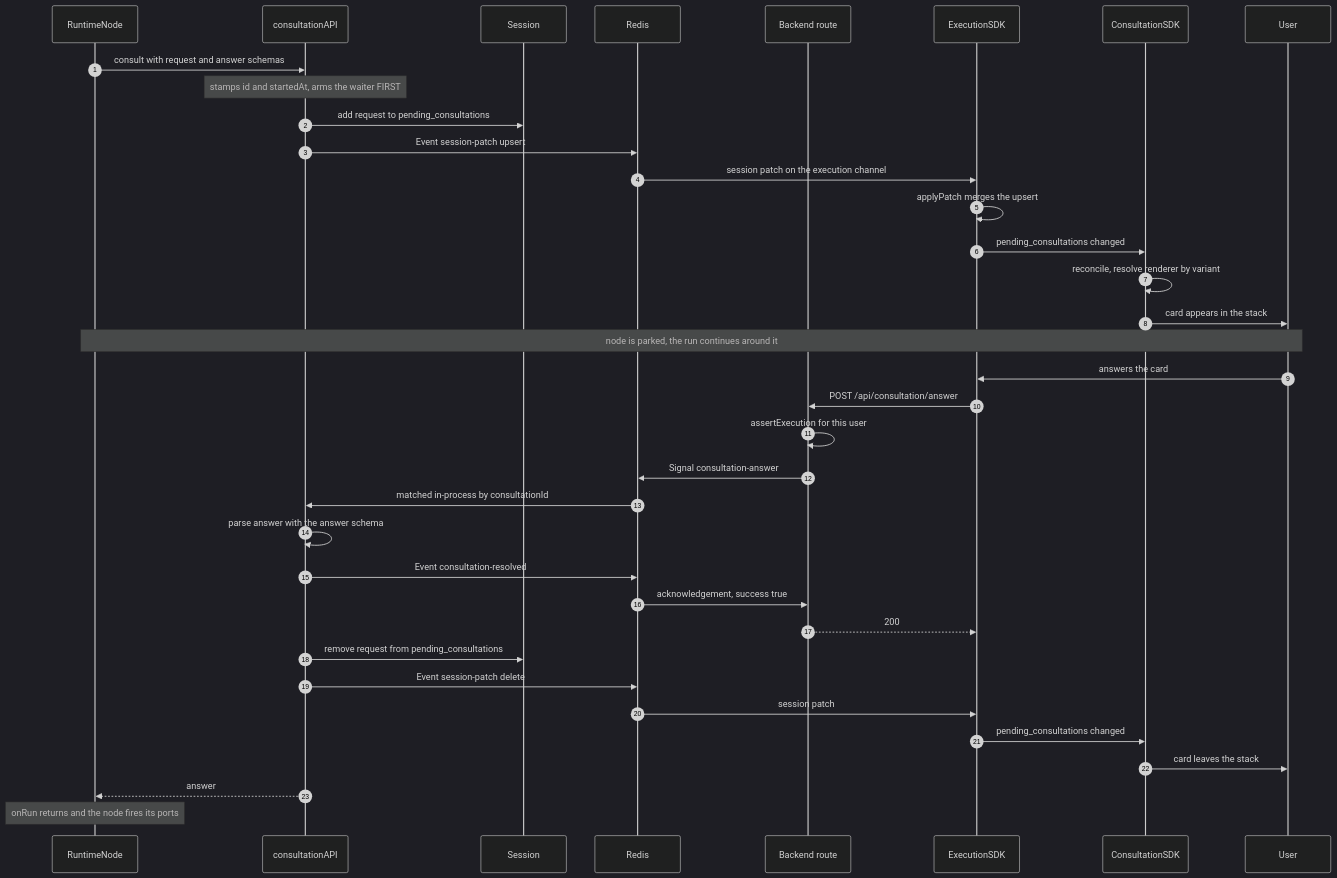
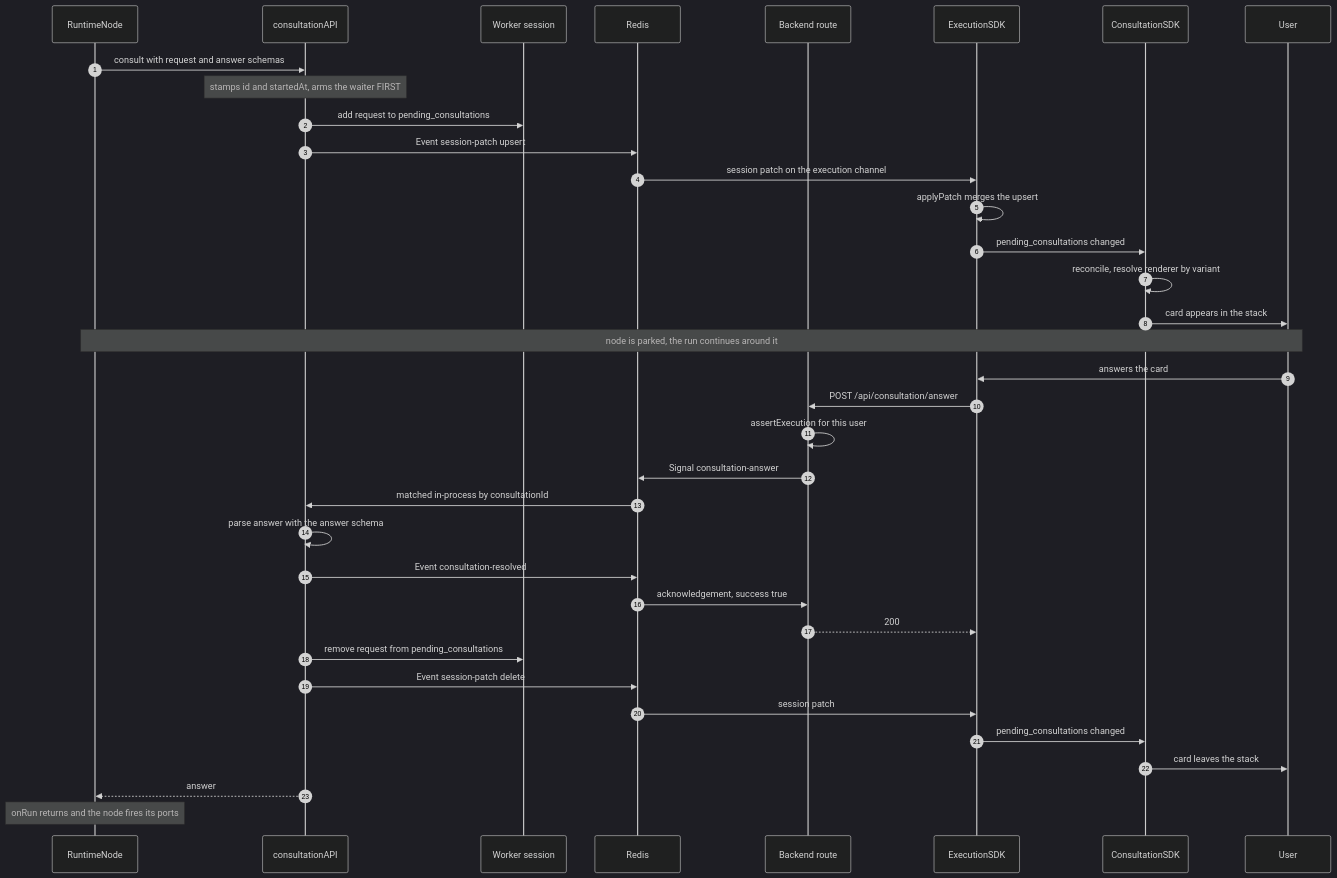
One commit to RolandTeslaru/Pretzel-Graph changed the diagram in docs/consultation-flow.md. Above: the diagram before and after it, drawn with Mermaid (dark theme). The commit also changed other lines of this file and 26 other files, not shown here.

First line of the commit message:
feat(webhook): implement webhook test flow with registration and payload handling

````diff
--- a/docs/consultation-flow.md
+++ b/docs/consultation-flow.md
@@ -34,40 +34,40 @@
 ```mermaid
 sequenceDiagram
     autonumber
     participant N as RuntimeNode
     participant C as consultationAPI
-    participant S as Session
+    participant S as Worker session
     participant R as Redis
     participant API as Backend route
     participant E as ExecutionSDK
     participant CS as ConsultationSDK
     participant U as User
 
     N->>C: consult with request and answer schemas
     Note over C: stamps id and startedAt, arms the waiter FIRST
     C->>S: add request to pending_consultations
     C->>R: Event session-patch upsert
     R->>E: session patch on the execution channel
     E->>E: applyPatch merges the upsert
     E->>CS: pending_consultations changed
     CS->>CS: reconcile, resolve renderer by variant
     CS->>U: card appears in the stack
     Note over N,U: node is parked, the run continues around it
 
     U->>E: answers the card
     E->>API: POST /api/consultation/answer
     API->>API: assertExecution for this user
     API->>R: Signal consultation-answer
     R->>C: matched in-process by consultationId
     C->>C: parse answer with the answer schema
     C->>R: Event consultation-resolved
     R->>API: acknowledgement, success true
     API-->>E: 200
     C->>S: remove request from pending_consultations
     C->>R: Event session-patch delete
     R->>E: session patch
     E->>CS: pending_consultations changed
     CS->>U: card leaves the stack
     C-->>N: answer
     Note over N: onRun returns and the node fires its ports
 ```
````
